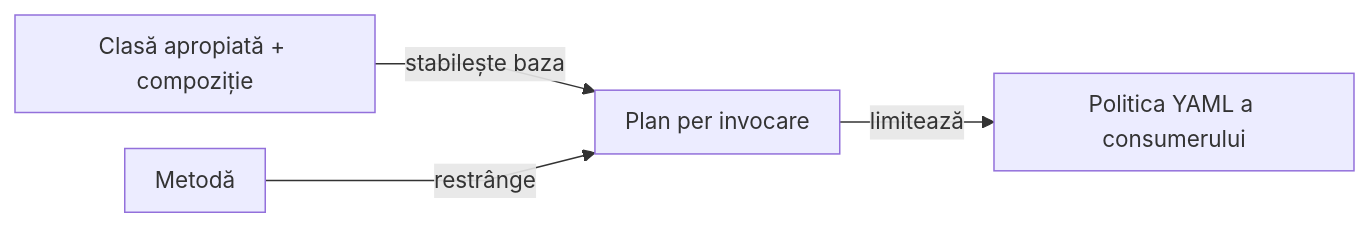
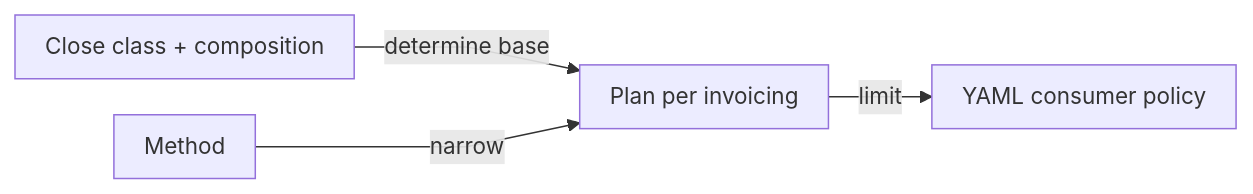
One commit to crististefanita/atf_j0 changed the second of 3 diagrams in atf-test-kit/README.md. Above: the diagram before and after it, drawn with Mermaid. The commit also changed other lines of this file and 113 other files, not shown here.

````diff
--- a/atf-test-kit/README.md
+++ b/atf-test-kit/README.md
@@ -163,7 +156,7 @@
 ```mermaid
 %%{init: {"themeVariables":{"fontSize":"15px"},"themeCSS":".nodeLabel, .nodeLabel p { font-size: 15px !important; line-height: 1.35 !important; } .edgeLabel, .edgeLabel p { font-size: 12px !important; font-weight: 400 !important; line-height: 1.2 !important; } .edgeLabel .labelBkg, .edgeLabel p { background: transparent !important; } .edgeLabel foreignObject { transform: translateY(-18px); overflow: visible; } .node rect { rx: 6px; ry: 6px; }","flowchart":{"curve":"linear","nodeSpacing":24,"rankSpacing":40,"padding":10,"diagramPadding":16}}}%%
 flowchart LR
-    Class["Clasă apropiată + compoziție"] -->|stabilește baza| Plan["Plan per invocare"]
-    Method["Metodă"] -->|restrânge| Plan
-    Plan -->|limitează| Runtime["Politica YAML a consumerului"]
+    Class["Close class + composition"] -->|determine base| Plan["Plan per invoicing"]
+    Method["Method"] -->|narrow| Plan
+    Plan -->|limit| Runtime["YAML consumer policy"]
 ```
````
